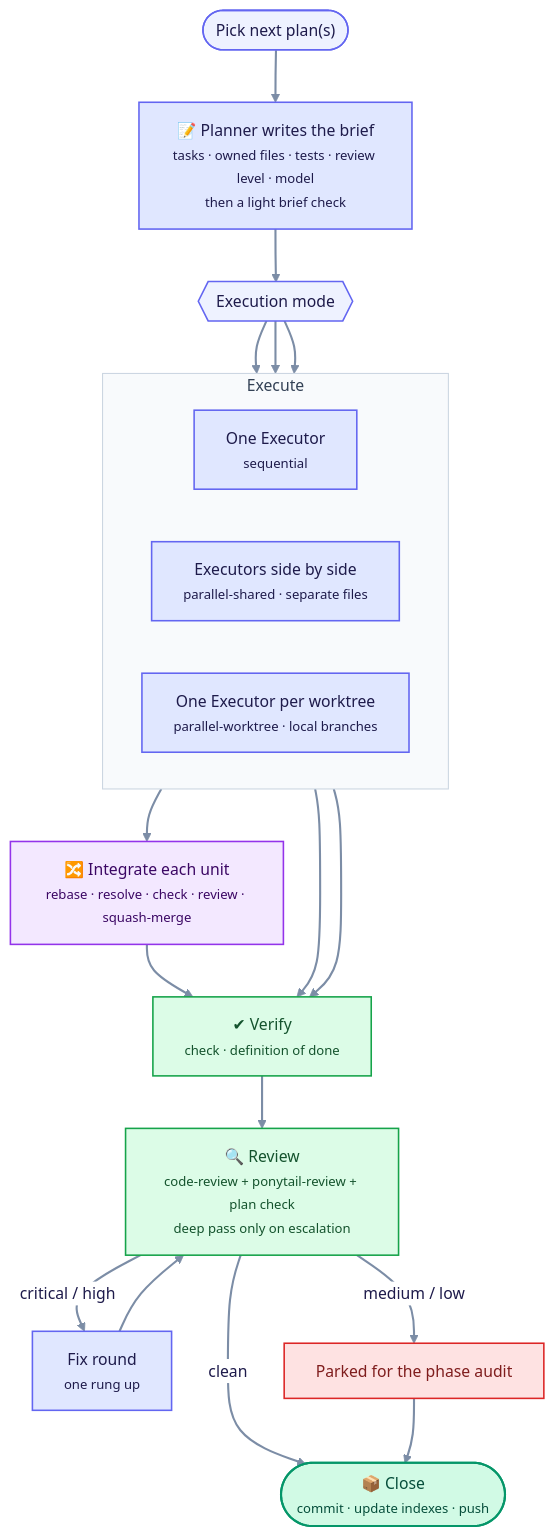
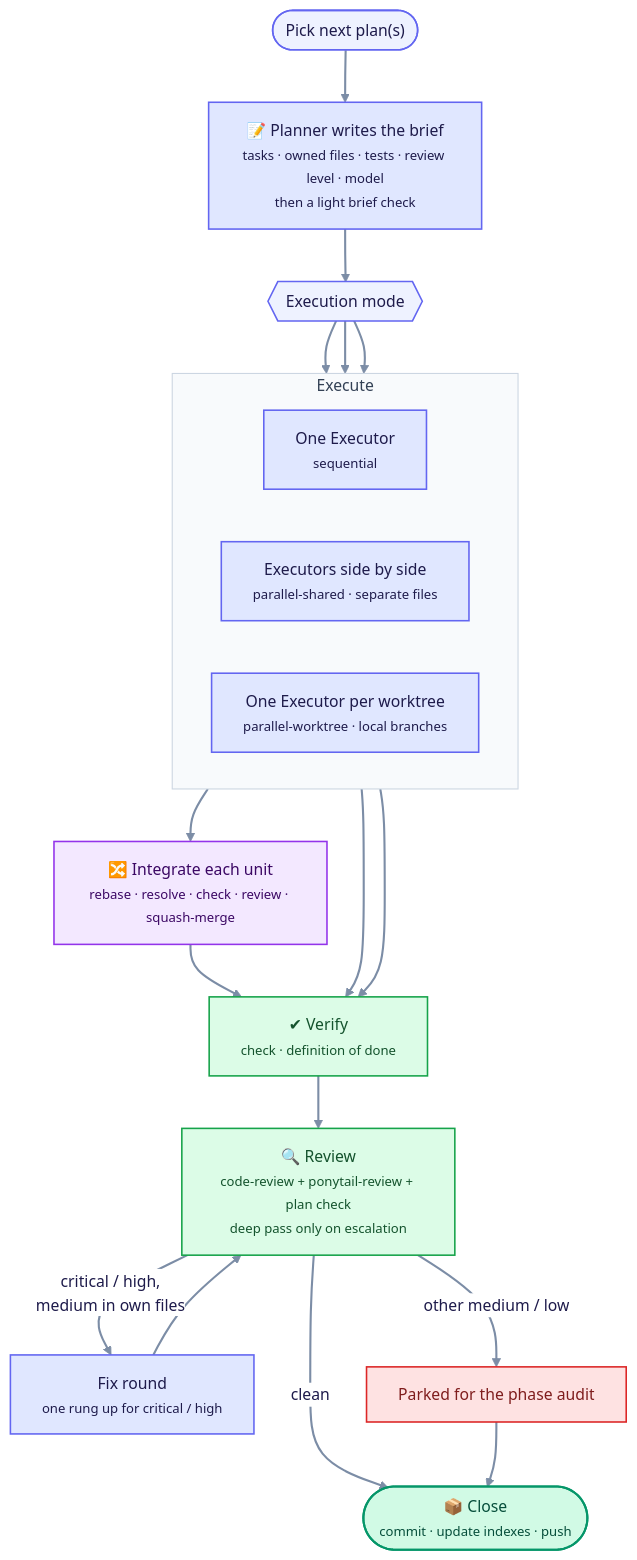
One commit to llunde/lelstack changed the third of 6 diagrams in autonomous-build-workflow/README.md. Above: the diagram before and after it, drawn with Mermaid. The commit also changed other lines of this file and 5 other files, not shown here.

````diff
--- a/autonomous-build-workflow/README.md
+++ b/autonomous-build-workflow/README.md
@@ -174,38 +174,38 @@
 ```mermaid
 %%{init: {"theme": "base", "themeVariables": {"fontFamily": "-apple-system, Segoe UI, Helvetica, Arial, sans-serif", "fontSize": "15px", "primaryColor": "#EEF2FF", "primaryBorderColor": "#6366F1", "primaryTextColor": "#1E1B4B", "lineColor": "#7C8DA6", "clusterBkg": "#F8FAFC", "clusterBorder": "#CBD5E1", "edgeLabelBackground": "#FFFFFF", "tertiaryColor": "#F8FAFC"}}}%%
 flowchart TD
     P(["Pick next plan(s)"]) --> PL["📝 Planner writes the brief<br/><small>tasks · owned files · tests · review level · model<br/>then a light brief check</small>"]
     PL --> X{{"Execution mode"}}
     subgraph EXEC["Execute"]
         direction LR
         S["One Executor<br/><small>sequential</small>"]
         PS["Executors side by side<br/><small>parallel-shared · separate files</small>"]
         PW["One Executor per worktree<br/><small>parallel-worktree · local branches</small>"]
     end
     X --> S & PS & PW
     PW --> INT["🔀 Integrate each unit<br/><small>rebase · resolve · check · review · squash-merge</small>"]
     S & PS --> V
     INT --> V["✔ Verify<br/><small>check · definition of done</small>"]
     V --> R["🔍 Review<br/><small>code-review + ponytail-review + plan check<br/>deep pass only on escalation</small>"]
-    R -->|critical / high| FX["Fix round<br/><small>one rung up</small>"]
+    R -->|critical / high,<br/>medium in own files| FX["Fix round<br/><small>one rung up for critical / high</small>"]
     FX --> R
-    R -->|medium / low| PA["Parked for the phase audit"]
+    R -->|other medium / low| PA["Parked for the phase audit"]
     R -->|clean| CL(["📦 Close<br/><small>commit · update indexes · push</small>"])
     PA --> CL
 
     classDef default fill:#EEF2FF,stroke:#6366F1,stroke-width:1.5px,color:#1E1B4B
     classDef human fill:#FEF3C7,stroke:#D97706,stroke-width:2px,color:#78350F
     classDef agent fill:#E0E7FF,stroke:#6366F1,stroke-width:1.5px,color:#1E1B4B
     classDef check fill:#DCFCE7,stroke:#16A34A,stroke-width:1.5px,color:#14532D
     classDef git fill:#F3E8FF,stroke:#9333EA,stroke-width:1.5px,color:#3B0764
     classDef stop fill:#FEE2E2,stroke:#DC2626,stroke-width:1.5px,color:#7F1D1D
     classDef done fill:#D1FAE5,stroke:#059669,stroke-width:2px,color:#064E3B
     classDef lead fill:#4F46E5,stroke:#312E81,stroke-width:2px,color:#FFFFFF
     linkStyle default stroke-width:2px
     class PL,S,PS,PW,FX agent
     class INT git
     class V,R check
     class PA stop
     class CL done
     style EXEC fill:#F8FAFC,stroke:#CBD5E1,color:#334155
 ```
````
